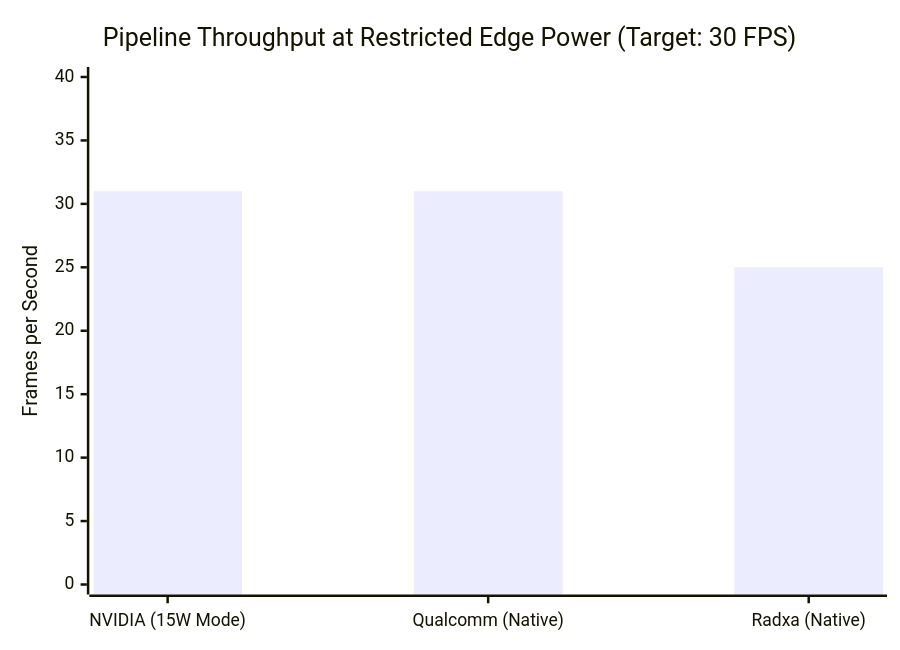
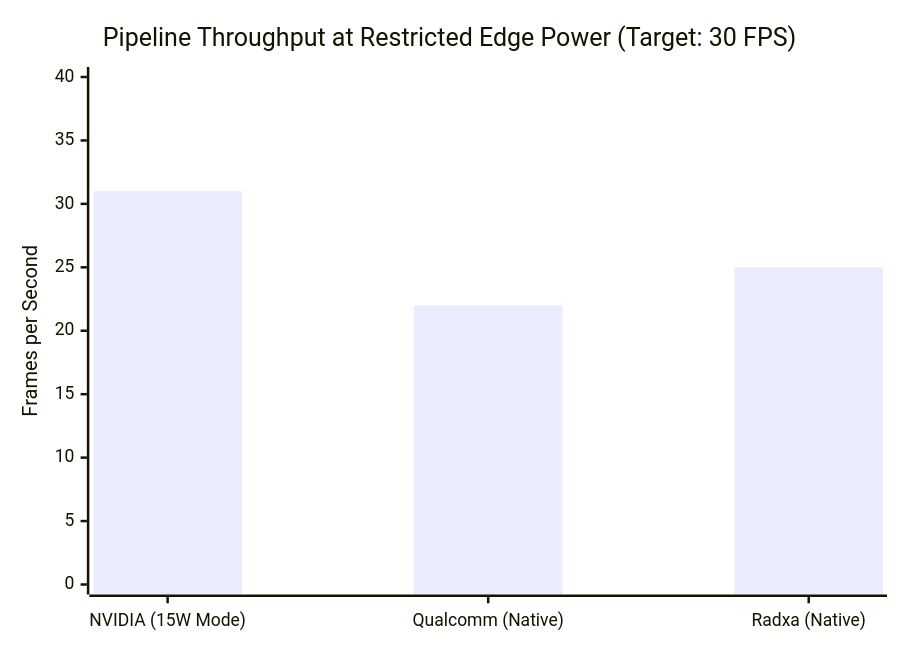
One commit to zok213/DAT1 changed the second of 5 diagrams in README.md. Above: the diagram before and after it, drawn with Mermaid. The commit also changed other lines of this file and 1 other file, not shown here.

````diff
--- a/README.md
+++ b/README.md
@@ -73,7 +73,7 @@
 ```mermaid
 xychart-beta
     title "Pipeline Throughput at Restricted Edge Power (Target: 30 FPS)"
     x-axis ["NVIDIA (15W Mode)", "Qualcomm (Native)", "Radxa (Native)"]
     y-axis "Frames per Second" 0 --> 40
-    bar [31.0, 31.0, 25.0]
+    bar [31.0, 22.0, 25.0]
 ```
````
